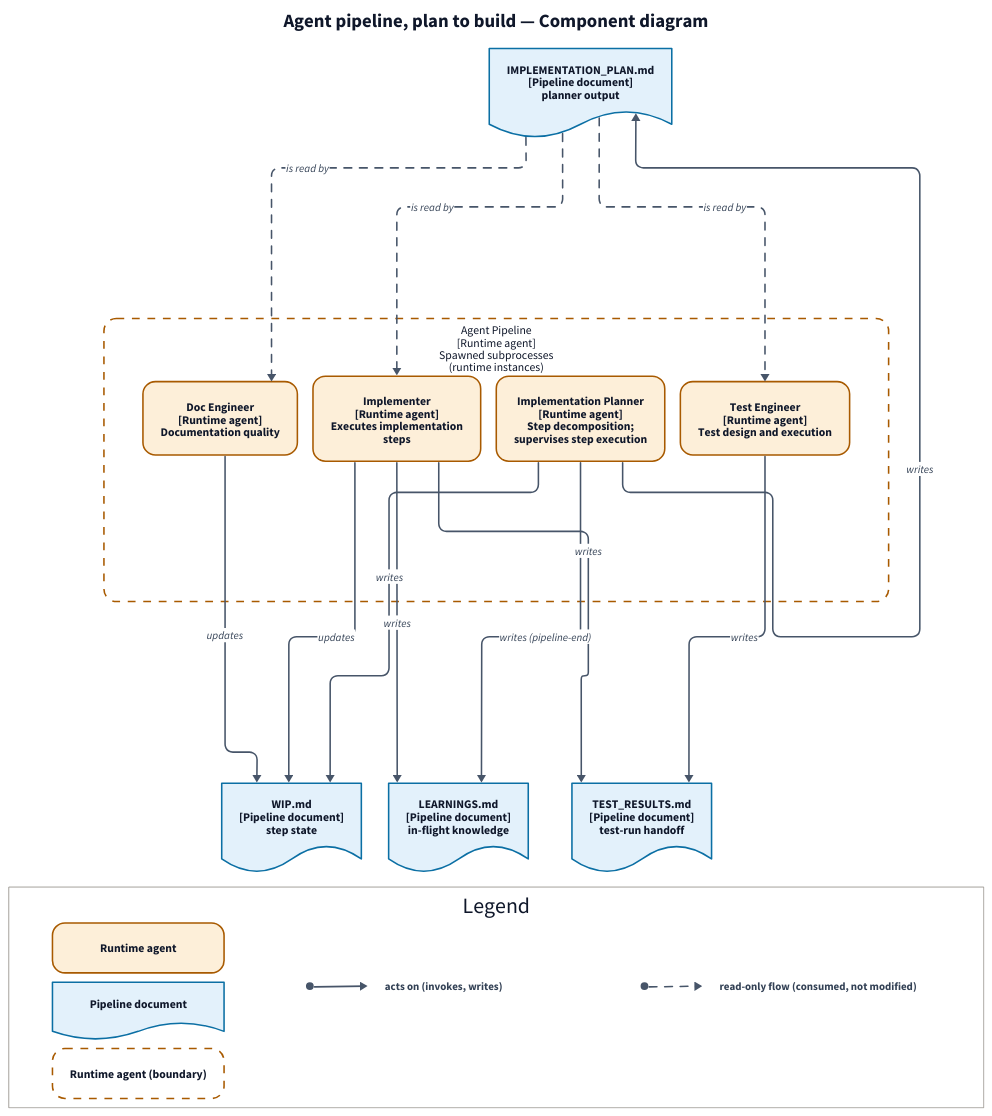
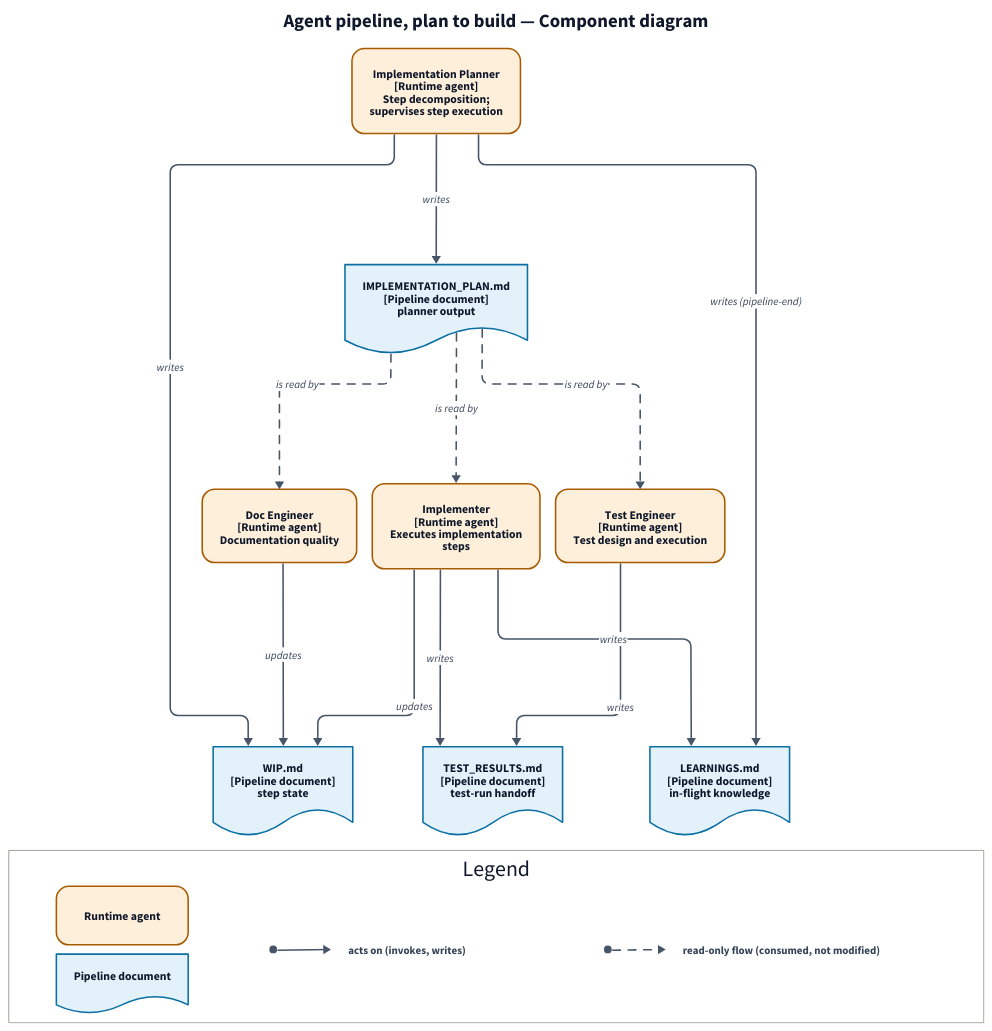
The diagram in docs/diagrams/architecture/rendered/agent_pipeline_build.d2 (francisco-perez-sorrosal/praxion), drawn with D2 before and after one commit. The commit also changed 9 other files, not shown here.

First line of the commit message:
feat(diagrams): Draw the forward-flow views without the pipeline frame

```diff
--- a/docs/diagrams/architecture/rendered/agent_pipeline_build.d2
+++ b/docs/diagrams/architecture/rendered/agent_pipeline_build.d2
@@ -30,18 +30,6 @@
       stroke-width: 2
       font-color: "#0F172A"
       font-size: 15
-    }
-  }
-  category_runtime_agent_frame: {
-    shape: rectangle
-    style: {
-      fill: transparent
-      stroke: "#A85A00"
-      stroke-width: 2
-      font-color: "#0F172A"
-      font-size: 15
-      stroke-dash: 5
-      border-radius: 16
     }
   }
   line_acts_on: {
@@ -90,25 +78,21 @@
   label: "WIP.md\n[Pipeline document]\nstep state"
   class: category_pipeline_document
 }
-"el_praxion.orchestration.pipeline": {
-  label: "Agent Pipeline\n[Runtime agent]\nSpawned subprocesses\n(runtime instances)"
-  class: category_runtime_agent_frame
-  "el_praxion.orchestration.pipeline.doc_engineer": {
-    label: "Doc Engineer\n[Runtime agent]\nDocumentation quality"
-    class: category_runtime_agent
-  }
-  "el_praxion.orchestration.pipeline.implementer": {
-    label: "Implementer\n[Runtime agent]\nExecutes implementation\nsteps"
-    class: category_runtime_agent
-  }
-  "el_praxion.orchestration.pipeline.planner": {
-    label: "Implementation Planner\n[Runtime agent]\nStep decomposition;\nsupervises step execution"
-    class: category_runtime_agent
-  }
-  "el_praxion.orchestration.pipeline.test_engineer": {
-    label: "Test Engineer\n[Runtime agent]\nTest design and execution"
-    class: category_runtime_agent
-  }
+"el_praxion.orchestration.pipeline.doc_engineer": {
+  label: "Doc Engineer\n[Runtime agent]\nDocumentation quality"
+  class: category_runtime_agent
+}
+"el_praxion.orchestration.pipeline.implementer": {
+  label: "Implementer\n[Runtime agent]\nExecutes implementation\nsteps"
+  class: category_runtime_agent
+}
+"el_praxion.orchestration.pipeline.planner": {
+  label: "Implementation Planner\n[Runtime agent]\nStep decomposition;\nsupervises step execution"
+  class: category_runtime_agent
+}
+"el_praxion.orchestration.pipeline.test_engineer": {
+  label: "Test Engineer\n[Runtime agent]\nTest design and execution"
+  class: category_runtime_agent
 }
 Legend: {
   label: "Legend"
@@ -130,10 +114,6 @@
   category_pipeline_document: {
     label: "Pipeline document"
     class: category_pipeline_document
-  }
-  category_runtime_agent_frame: {
-    label: "Runtime agent (boundary)"
-    class: category_runtime_agent_frame
   }
   line_acts_on_sample: {
     label: ""
@@ -196,14 +176,14 @@
     }
   }
 }
-"el_praxion.orchestration.doc_impl_plan" -> "el_praxion.orchestration.pipeline"."el_praxion.orchestration.pipeline.doc_engineer": "is read by" {class: line_read_only}
-"el_praxion.orchestration.doc_impl_plan" -> "el_praxion.orchestration.pipeline"."el_praxion.orchestration.pipeline.implementer": "is read by" {class: line_read_only}
-"el_praxion.orchestration.doc_impl_plan" -> "el_praxion.orchestration.pipeline"."el_praxion.orchestration.pipeline.test_engineer": "is read by" {class: line_read_only}
-"el_praxion.orchestration.pipeline"."el_praxion.orchestration.pipeline.doc_engineer" -> "el_praxion.orchestration.doc_wip": "updates" {class: line_acts_on}
-"el_praxion.orchestration.pipeline"."el_praxion.orchestration.pipeline.implementer" -> "el_praxion.orchestration.doc_learnings": "writes" {class: line_acts_on}
-"el_praxion.orchestration.pipeline"."el_praxion.orchestration.pipeline.implementer" -> "el_praxion.orchestration.doc_test": "writes" {class: line_acts_on}
-"el_praxion.orchestration.pipeline"."el_praxion.orchestration.pipeline.implementer" -> "el_praxion.orchestration.doc_wip": "updates" {class: line_acts_on}
-"el_praxion.orchestration.pipeline"."el_praxion.orchestration.pipeline.planner" -> "el_praxion.orchestration.doc_impl_plan": "writes" {class: line_acts_on}
-"el_praxion.orchestration.pipeline"."el_praxion.orchestration.pipeline.planner" -> "el_praxion.orchestration.doc_learnings": "writes (pipeline-end)" {class: line_acts_on}
-"el_praxion.orchestration.pipeline"."el_praxion.orchestration.pipeline.planner" -> "el_praxion.orchestration.doc_wip": "writes" {class: line_acts_on}
-"el_praxion.orchestration.pipeline"."el_praxion.orchestration.pipeline.test_engineer" -> "el_praxion.orchestration.doc_test": "writes" {class: line_acts_on}
+"el_praxion.orchestration.doc_impl_plan" -> "el_praxion.orchestration.pipeline.doc_engineer": "is read by" {class: line_read_only}
+"el_praxion.orchestration.doc_impl_plan" -> "el_praxion.orchestration.pipeline.implementer": "is read by" {class: line_read_only}
+"el_praxion.orchestration.doc_impl_plan" -> "el_praxion.orchestration.pipeline.test_engineer": "is read by" {class: line_read_only}
+"el_praxion.orchestration.pipeline.doc_engineer" -> "el_praxion.orchestration.doc_wip": "updates" {class: line_acts_on}
+"el_praxion.orchestration.pipeline.implementer" -> "el_praxion.orchestration.doc_learnings": "writes" {class: line_acts_on}
+"el_praxion.orchestration.pipeline.implementer" -> "el_praxion.orchestration.doc_test": "writes" {class: line_acts_on}
+"el_praxion.orchestration.pipeline.implementer" -> "el_praxion.orchestration.doc_wip": "updates" {class: line_acts_on}
+"el_praxion.orchestration.pipeline.planner" -> "el_praxion.orchestration.doc_impl_plan": "writes" {class: line_acts_on}
+"el_praxion.orchestration.pipeline.planner" -> "el_praxion.orchestration.doc_learnings": "writes (pipeline-end)" {class: line_acts_on}
+"el_praxion.orchestration.pipeline.planner" -> "el_praxion.orchestration.doc_wip": "writes" {class: line_acts_on}
+"el_praxion.orchestration.pipeline.test_engineer" -> "el_praxion.orchestration.doc_test": "writes" {class: line_acts_on}
```
